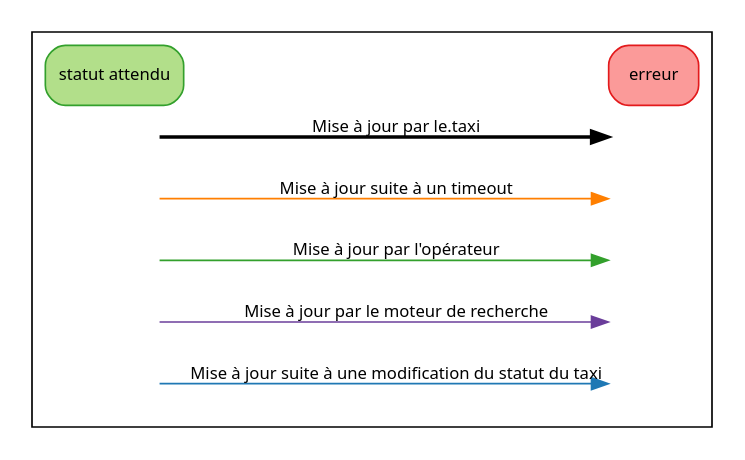
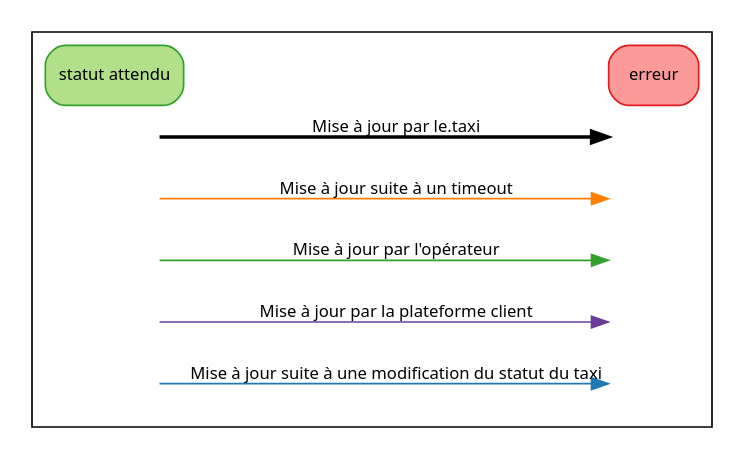
One commit to openmaraude/console changed the diagram in public/images/doc/legend.gv. Above: the diagram before and after it, drawn with Graphviz. The commit also changed 3 other files, not shown here.

```diff
--- a/public/images/doc/legend.gv
+++ b/public/images/doc/legend.gv
@@ -1,18 +1,18 @@
 digraph {
     rankdir=LR;
     nodesep=0;
     ranksep=0;
     node [shape=box,style="rounded,filled",fontname=sans,fontsize=10,colorscheme=paired10];
     edge [fontname=sans,fontsize=10,colorscheme=paired10];
     subgraph cluster {
         expected [color=4,fillcolor=3,label="statut attendu"];
         error [color=6,fillcolor=5,label="erreur"];
         expected -> error [style=invis];
         node [style=invis];
         a -> b [style=bold,label="Mise à jour par le.taxi"];
         c -> d [color=8,label="Mise à jour suite à un timeout"];
         e -> f [color=4,label="Mise à jour par l'opérateur"];
-        g -> h [color=10,label="Mise à jour par le moteur de recherche"];
+        g -> h [color=10,label="Mise à jour par la plateforme client"];
         i -> j [color=2, label="Mise à jour suite à une modification du statut du taxi"];
   }
 }
```
